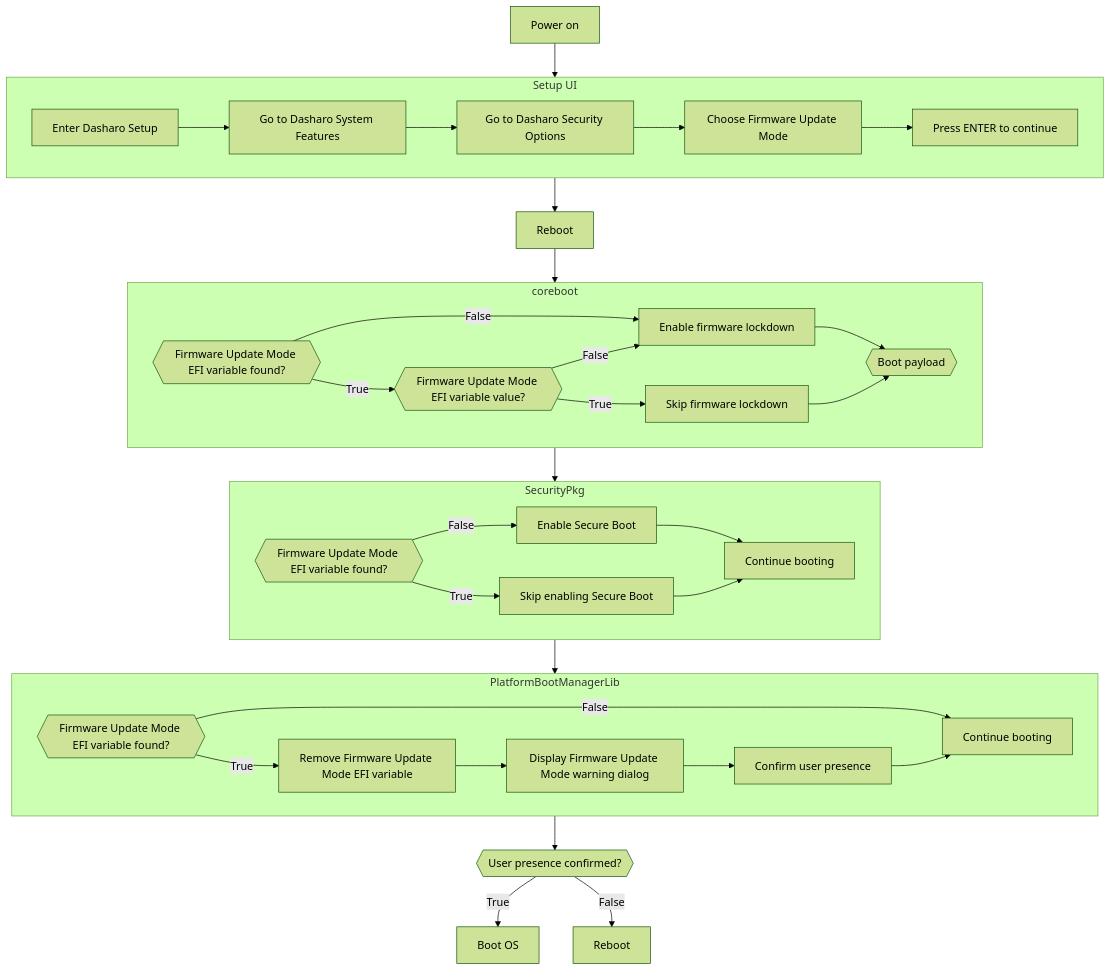
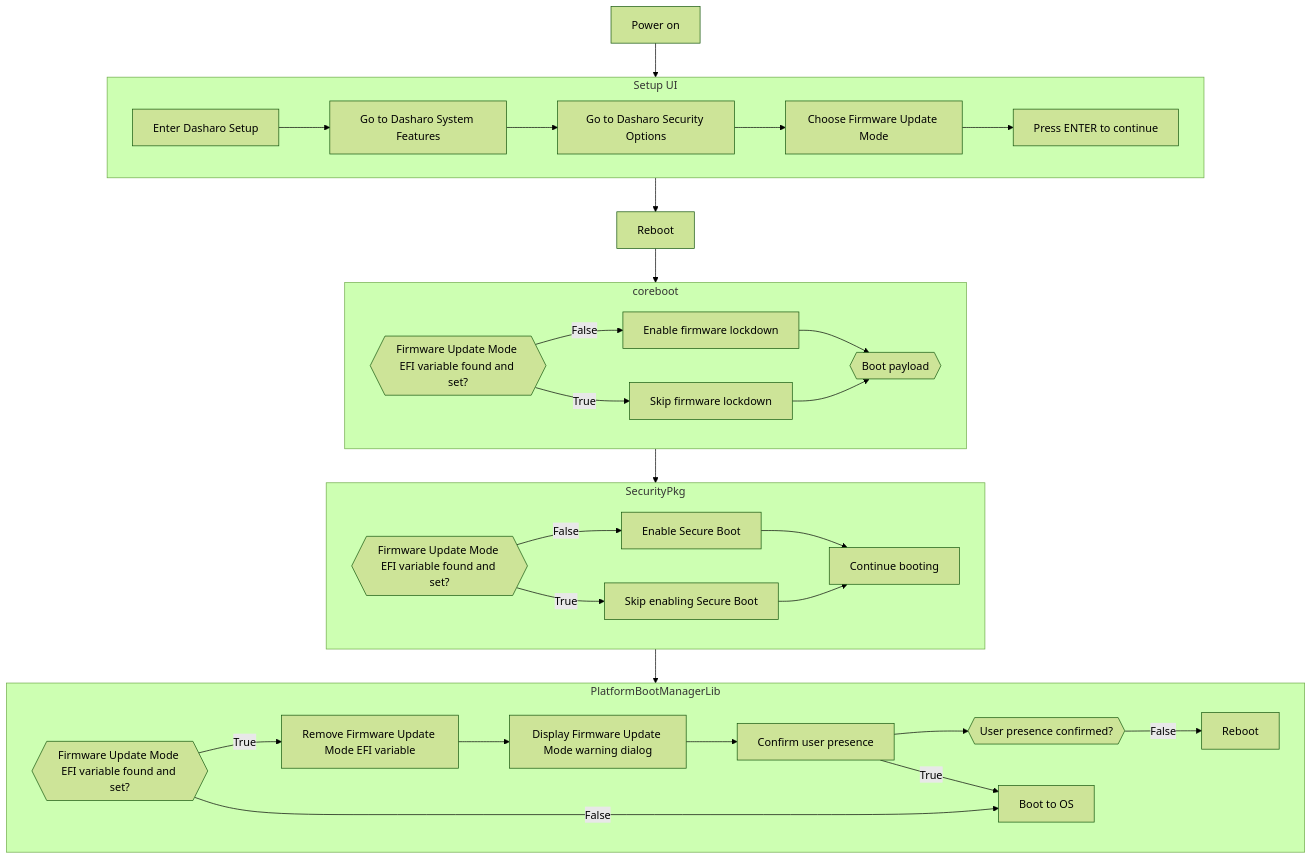
One commit to Dasharo/docs changed the diagram in docs/guides/firmware-update.md. Above: the diagram before and after it, drawn with Mermaid (forest theme). The commit also changed other lines of this file, not shown here.

Commit message:
docs/guides/firmware-update.md: update flowchart and fix wording

````diff
--- a/docs/guides/firmware-update.md
+++ b/docs/guides/firmware-update.md
@@ -53,46 +53,42 @@
 ```mermaid
 flowchart TD
     power_on[Power on] --> setup
     subgraph setup [Setup UI]
     setup1[Enter Dasharo Setup]
     setup2[Go to Dasharo System Features]
     setup3[Go to Dasharo Security Options]
     setup4[Choose Firmware Update Mode]
     setup5[Press ENTER to continue]
     setup1 --> setup2 --> setup3 --> setup4 --> setup5
     end
     setup --> reboot[Reboot]
     reboot --> coreboot
     subgraph coreboot
-    cb1{{Firmware Update Mode EFI variable found?}}
+    cb1{{Firmware Update Mode EFI variable found and set?}}
     cb1 -- False --> cb2[Enable firmware lockdown]
-    cb1 -- True --> cb3{{Firmware Update Mode EFI variable value?}}
-    cb3 -- False --> cb2
-    cb3 -- True --> cb4[Skip firmware lockdown]
-    cb2 --> cb5{{Boot payload}}
-    cb4 --> cb5
+    cb1 -- True --> cb3[Skip firmware lockdown]
+    cb2 --> cb4{{Boot payload}}
+    cb3 --> cb4
     end
 
     coreboot --> securitypkg
     subgraph securitypkg [SecurityPkg]
-    sec1{{Firmware Update Mode EFI variable found?}}
+    sec1{{Firmware Update Mode EFI variable found and set?}}
     sec1 -- False --> sec2[Enable Secure Boot]
     sec1 -- True --> sec3[Skip enabling Secure Boot]
     sec2 --> sec4[Continue booting]
     sec3 --> sec4
     end
 
     securitypkg --> bootmanager
     subgraph bootmanager [PlatformBootManagerLib]
-    bm1{{Firmware Update Mode EFI variable found?}}
-    bm1 -- False --> bm2[Continue booting]
+    bm1{{Firmware Update Mode EFI variable found and set?}}
     bm1 -- True --> bm3[Remove Firmware Update Mode EFI variable]
     bm3 --> bm4[Display Firmware Update Mode warning dialog]
     bm4 --> bm5[Confirm user presence]
-    bm5 --> bm2
+    bm5 --> bm6{{User presence confirmed?}}
+    bm5 -- True --> bm7[Boot to OS]
+    bm6 -- False --> bm8[Reboot]
+    bm1 -- False --> bm7
     end
-
-    bootmanager --> userpresence{{User presence confirmed?}}
-    userpresence -- True --> boot2[Boot OS]
-    userpresence -- False --> reboot2[Reboot]
 ```
````
